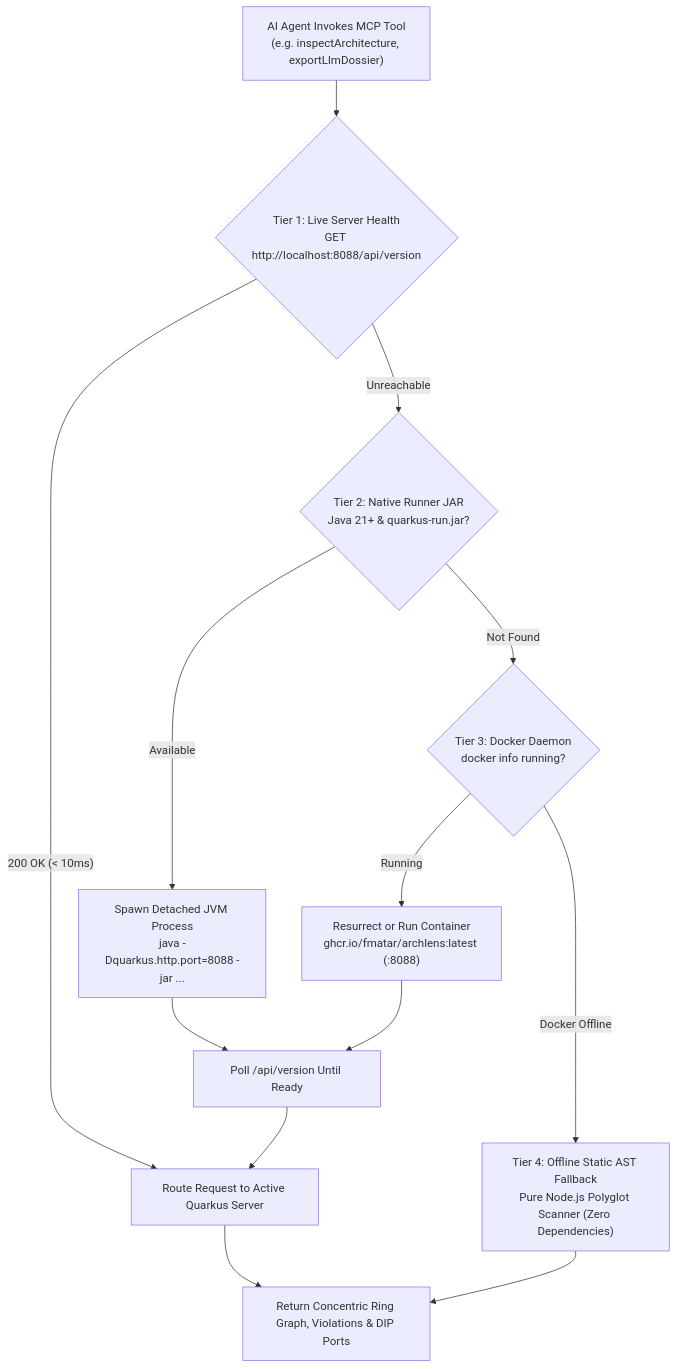
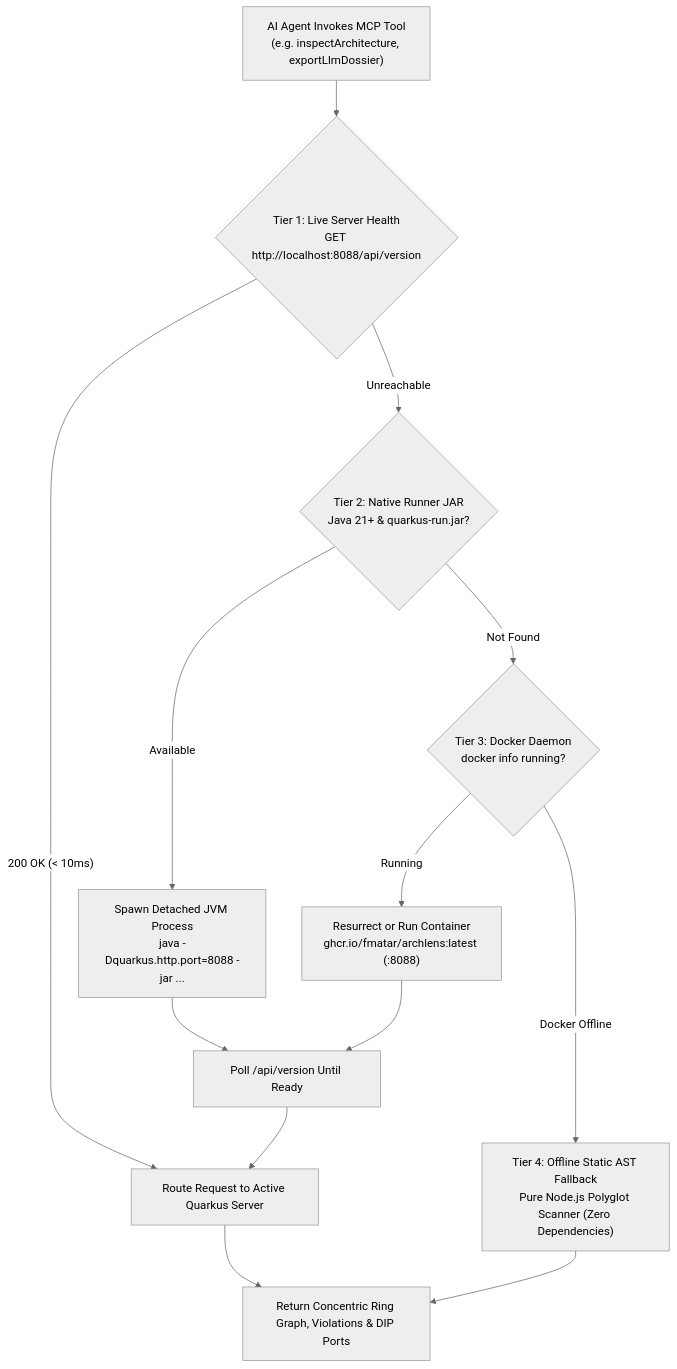
Before and after one commit to fmatar/archlens: the second of 2 diagrams in README.md, drawn with Mermaid. The commit also changed other lines of this file and 20 other files, not shown here.

````diff
--- a/README.md
+++ b/README.md
@@ -287,14 +176,15 @@
 ```mermaid
+%%{init: {'theme': 'neutral'}}%%
 flowchart TD
     Call["AI Agent Invokes MCP Tool\n(e.g. inspectArchitecture, exportLlmDossier)"] --> T1{"Tier 1: Live Server Health\nGET http://localhost:8088/api/version"}
     T1 -->|"200 OK (< 10ms)"| Proxy["Route Request to Active Quarkus Server"]
     T1 -->|"Unreachable"| T2{"Tier 2: Native Runner JAR\nJava 21+ & quarkus-run.jar?"}
     T2 -->|"Available"| SpawnJar["Spawn Detached JVM Process\njava -Dquarkus.http.port=8088 -jar ..."]
     SpawnJar --> Poll["Poll /api/version Until Ready"] --> Proxy
     T2 -->|"Not Found"| T3{"Tier 3: Docker Daemon\ndocker info running?"}
     T3 -->|"Running"| SpawnDocker["Resurrect or Run Container\nghcr.io/fmatar/archlens:latest (:8088)"]
     SpawnDocker --> Poll
     T3 -->|"Docker Offline"| T4["Tier 4: Offline Static AST Fallback\nPure Node.js Polyglot Scanner (Zero Dependencies)"]
     T4 --> Result["Return Concentric Ring Graph, Violations & DIP Ports"]
     Proxy --> Result
 ```
````
